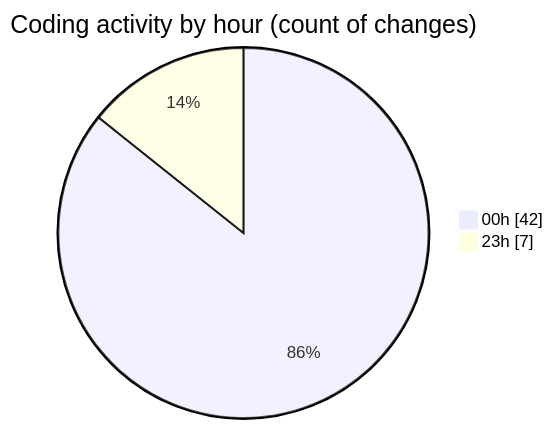
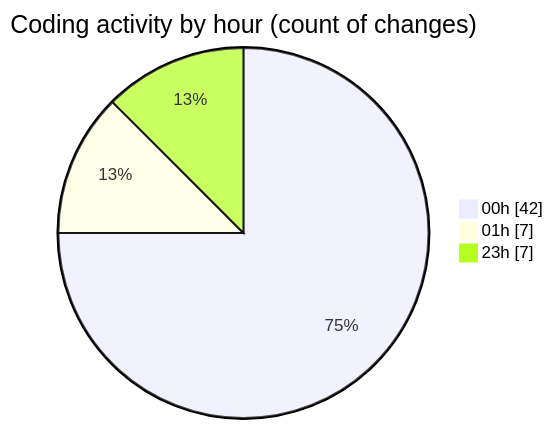
The second of 2 diagrams in 2025-08-12/rentotp/README.md (lephambinh05/code-tracking), drawn with Mermaid before and after one commit. The commit also changed other lines of this file and 1 other file, not shown here.

````diff
--- a/2025-08-12/rentotp/README.md
+++ b/2025-08-12/rentotp/README.md
@@ -40,6 +41,7 @@
 ```mermaid
 pie showData
 title Coding activity by hour (count of changes)
 "00h" : 42
+"01h" : 7
 "23h" : 7
 ```
````
